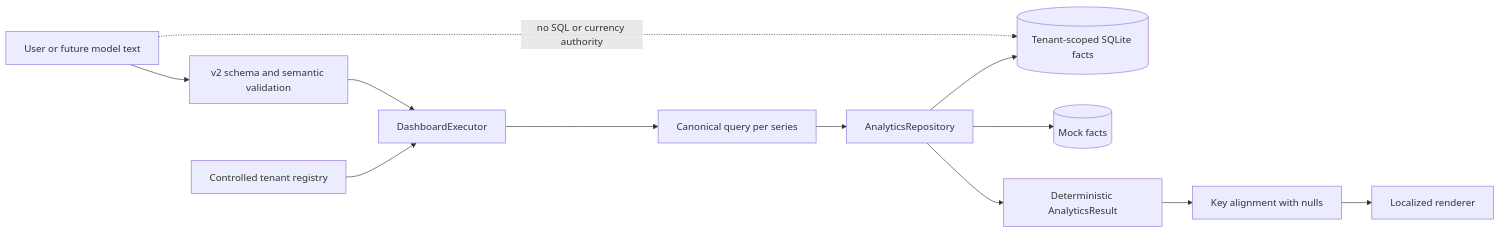
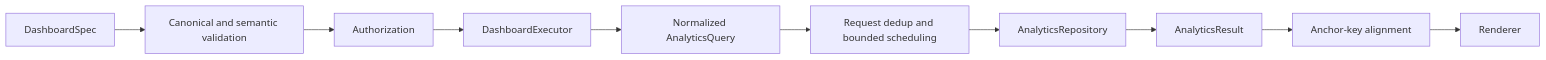
The fourth of 14 diagrams in docs/architecture/diagrams.md (hazemyoussif/el-dabboos-analytics), drawn with Mermaid before and after one commit. The commit also changed other lines of this file and 28 other files, not shown here.

Commit message:
docs(architecture): add system and developer guides

````diff
--- a/docs/architecture/diagrams.md
+++ b/docs/architecture/diagrams.md
@@ -89,14 +45,12 @@
 ```mermaid
 flowchart LR
-  U[User or future model text] --> V[v2 schema and semantic validation]
-  T[Controlled tenant registry] --> Q[DashboardExecutor]
-  V --> Q
-  Q --> S[Canonical query per series]
-  S --> R[AnalyticsRepository]
-  R --> D[(Tenant-scoped SQLite facts)]
-  R --> M[(Mock facts)]
-  R --> A[Deterministic AnalyticsResult]
-  A --> K[Key alignment with nulls]
-  K --> W[Localized renderer]
-  U -. no SQL or currency authority .-> D
+ S[DashboardSpec] --> V[Canonical and semantic validation]
+ V --> P[Authorization]
+ P --> E[DashboardExecutor]
+ E --> Q[Normalized AnalyticsQuery]
+ Q --> N[Request dedup and bounded scheduling]
+ N --> R[AnalyticsRepository]
+ R --> T[AnalyticsResult]
+ T --> K[Anchor-key alignment]
+ K --> U[Renderer]
 ```
````
